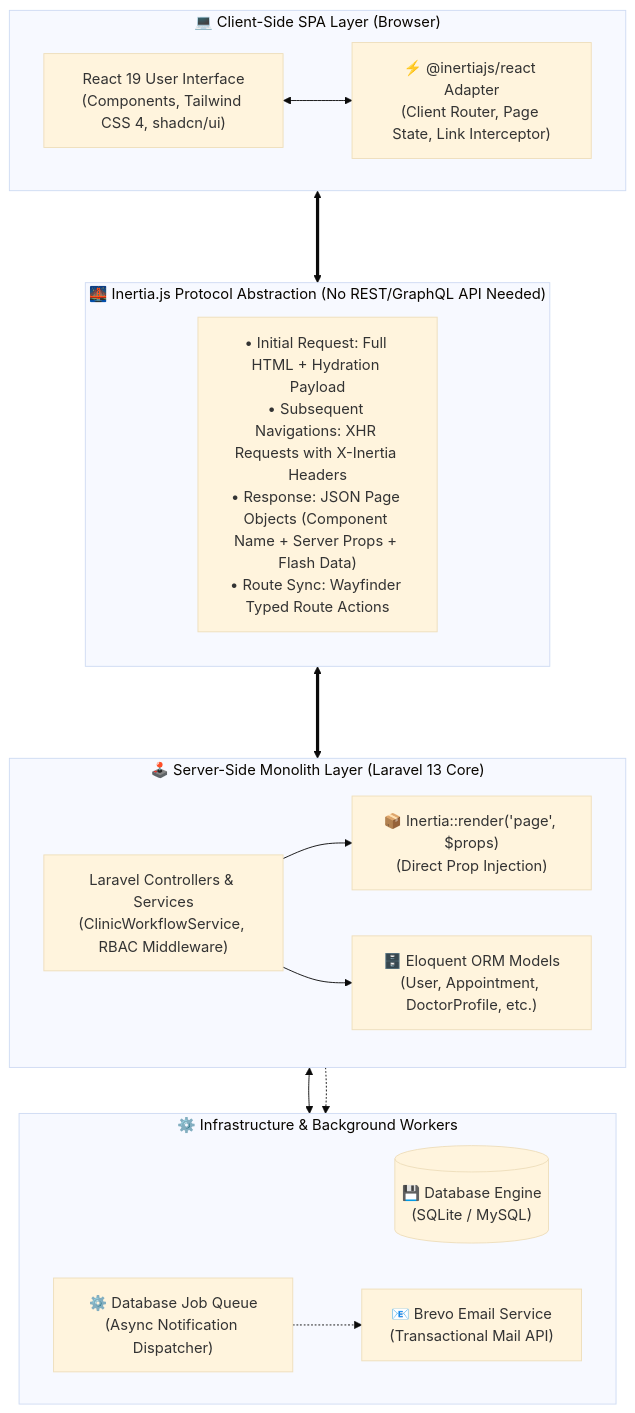
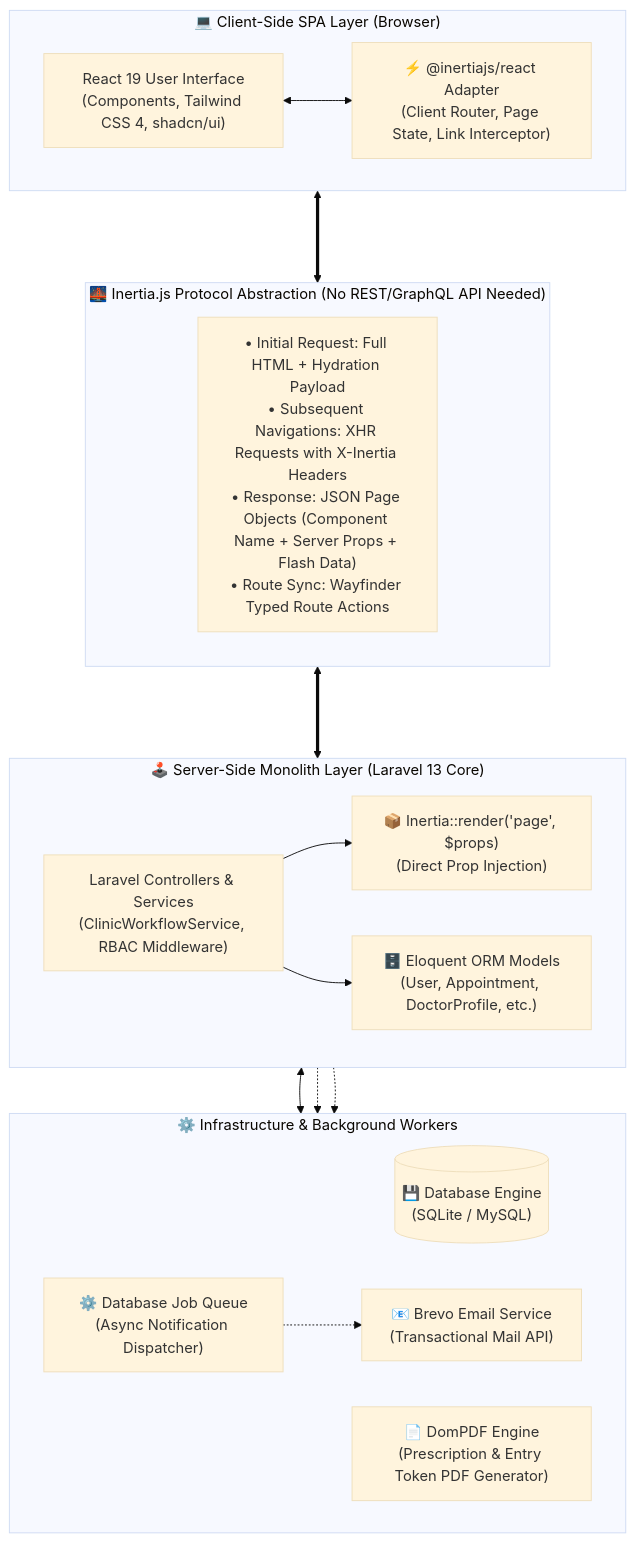
One commit to hamzahameed4322/MediFlow changed the first of 4 diagrams in README.md. Above: the diagram before and after it, drawn with Mermaid (base theme). The commit also changed other lines of this file and 118 other files, not shown here.

````diff
--- a/README.md
+++ b/README.md
@@ -49,36 +153,38 @@
 ```mermaid
 flowchart TB
     subgraph ClientLayer [" 💻 Client-Side SPA Layer (Browser) "]
         direction LR
         UI["React 19 User Interface<br/>(Components, Tailwind CSS 4, shadcn/ui)"]
         ClientAdapter["⚡ @inertiajs/react Adapter<br/>(Client Router, Page State, Link Interceptor)"]
         UI <--> ClientAdapter
     end
 
     subgraph ProtocolLayer [" 🌉 Inertia.js Protocol Abstraction (No REST/GraphQL API Needed) "]
         direction TB
         Protocol["• Initial Request: Full HTML + Hydration Payload<br/>• Subsequent Navigations: XHR Requests with X-Inertia Headers<br/>• Response: JSON Page Objects (Component Name + Server Props + Flash Data)<br/>• Route Sync: Wayfinder Typed Route Actions"]
     end
 
     subgraph ServerLayer [" 🕹️ Server-Side Monolith Layer (Laravel 13 Core) "]
         direction LR
         Controllers["Laravel Controllers & Services<br/>(ClinicWorkflowService, RBAC Middleware)"]
         InertiaResponse["📦 Inertia::render('page', $props)<br/>(Direct Prop Injection)"]
         ORM["🗄️ Eloquent ORM Models<br/>(User, Appointment, DoctorProfile, etc.)"]
         Controllers --> InertiaResponse
         Controllers --> ORM
     end
 
     subgraph InfraLayer [" ⚙️ Infrastructure & Background Workers "]
         direction LR
         DB[("💾 Database Engine<br/>(SQLite / MySQL)")]
         Queue["⚙️ Database Job Queue<br/>(Async Notification Dispatcher)"]
         Brevo["📧 Brevo Email Service<br/>(Transactional Mail API)"]
+        PDF["📄 DomPDF Engine<br/>(Prescription & Entry Token PDF Generator)"]
         ORM <--> DB
         Controllers -.-> Queue
+        Controllers -.-> PDF
         Queue -.-> Brevo
     end
 
     ClientLayer <===> ProtocolLayer
     ProtocolLayer <===> ServerLayer
 ```
````
